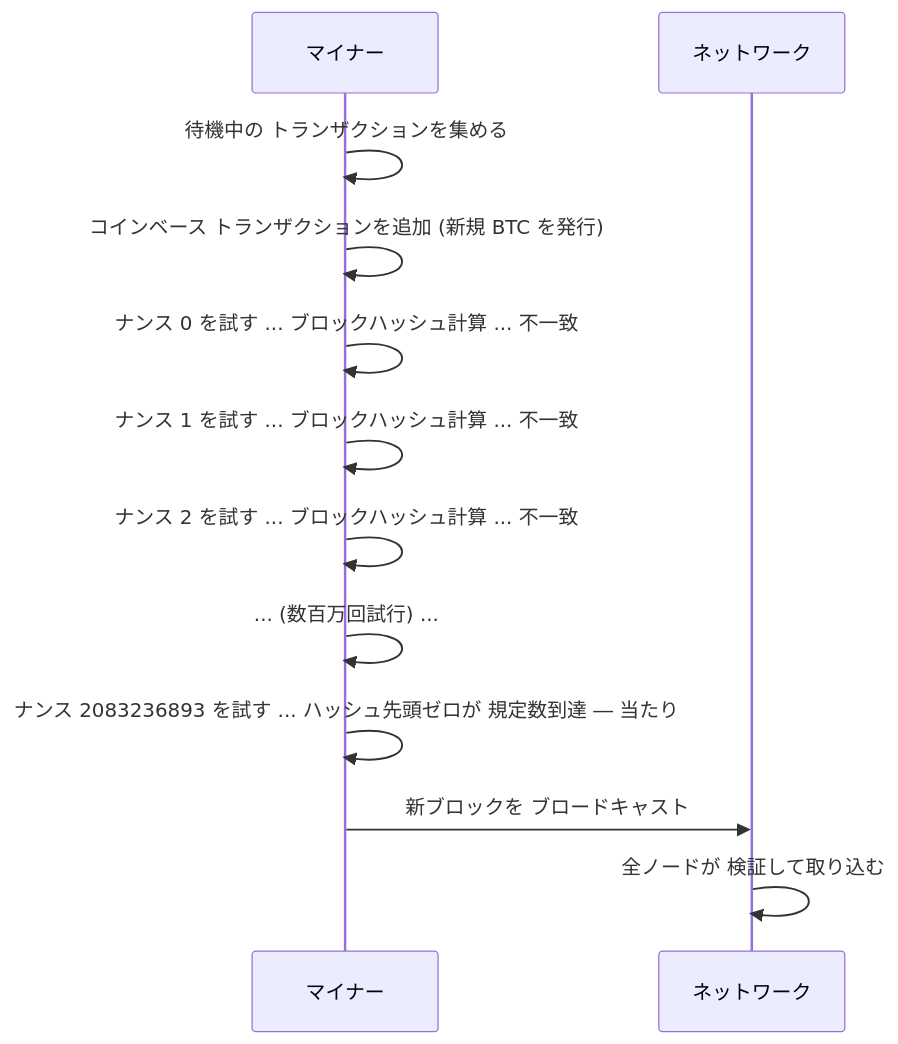
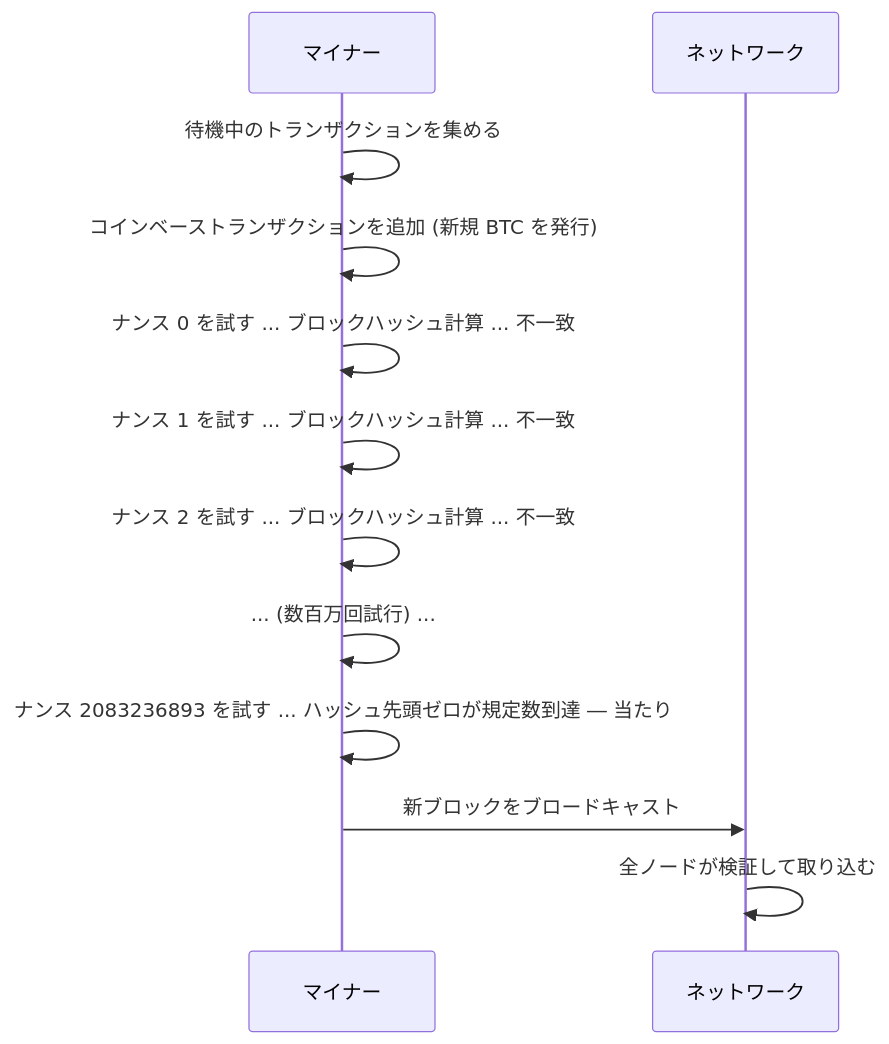
One commit to cypher256/BitcoinArchive changed the sixth of 10 diagrams in src/data/translations/ja/analysis/2026-05-23-how-bitcoin-works-visual-glossary.md. Above: the diagram before and after it, drawn with Mermaid. The commit also changed other lines of this file and 3 other files, not shown here.

````diff
--- a/src/data/translations/ja/analysis/2026-05-23-how-bitcoin-works-visual-glossary.md
+++ b/src/data/translations/ja/analysis/2026-05-23-how-bitcoin-works-visual-glossary.md
@@ -206,14 +206,14 @@
 ```mermaid
 sequenceDiagram
     participant M as マイナー
     participant N as ネットワーク
-    M->>M: 待機中の トランザクションを集める
-    M->>M: コインベース トランザクションを追加 (新規 BTC を発行)
+    M->>M: 待機中のトランザクションを集める
+    M->>M: コインベーストランザクションを追加 (新規 BTC を発行)
     M->>M: ナンス 0 を試す ... ブロックハッシュ計算 ... 不一致
     M->>M: ナンス 1 を試す ... ブロックハッシュ計算 ... 不一致
     M->>M: ナンス 2 を試す ... ブロックハッシュ計算 ... 不一致
     M->>M: ... (数百万回試行) ...
-    M->>M: ナンス 2083236893 を試す ... ハッシュ先頭ゼロが 規定数到達 ― 当たり
-    M->>N: 新ブロックを ブロードキャスト
-    N->>N: 全ノードが 検証して取り込む
+    M->>M: ナンス 2083236893 を試す ... ハッシュ先頭ゼロが規定数到達 ― 当たり
+    M->>N: 新ブロックをブロードキャスト
+    N->>N: 全ノードが検証して取り込む
 ```
````
